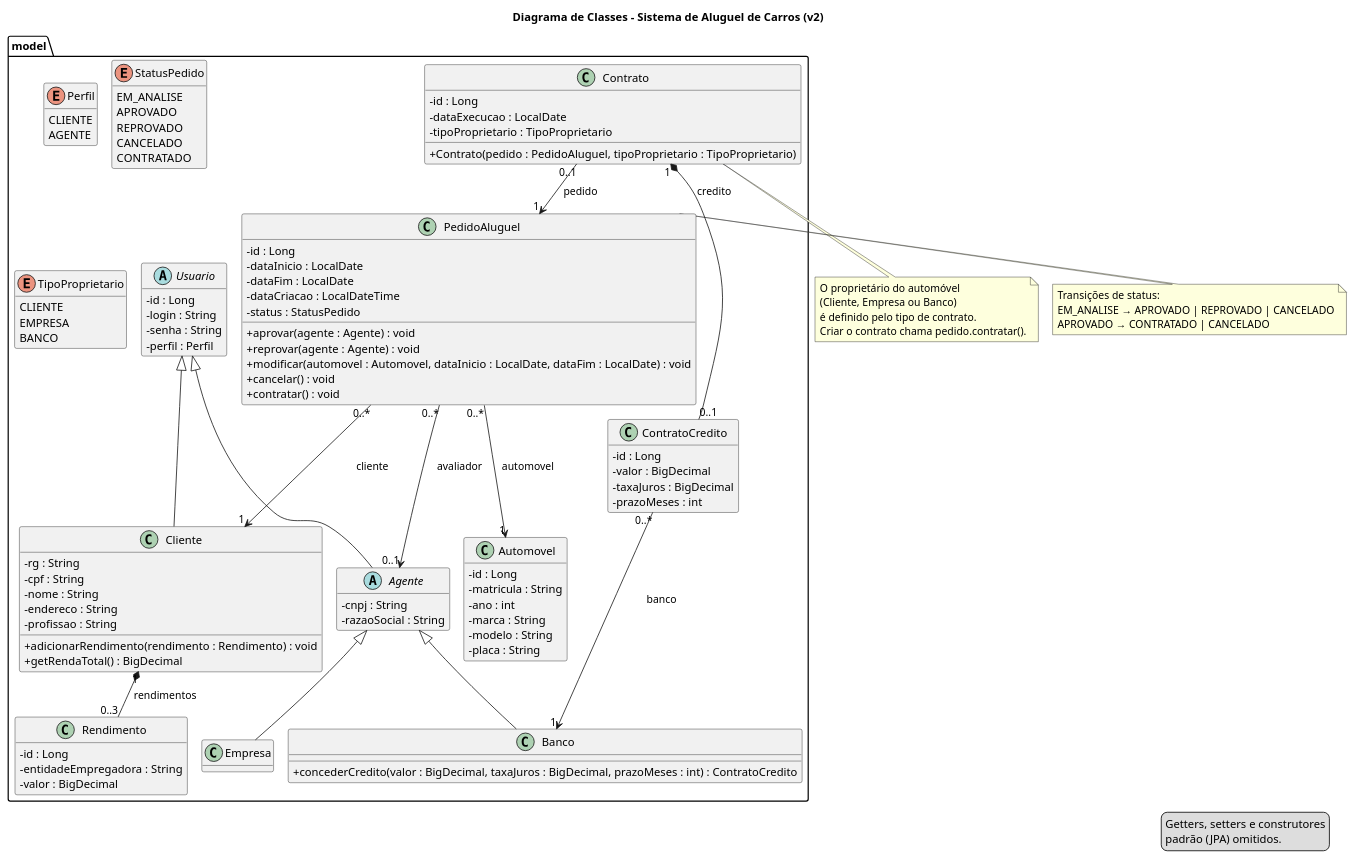
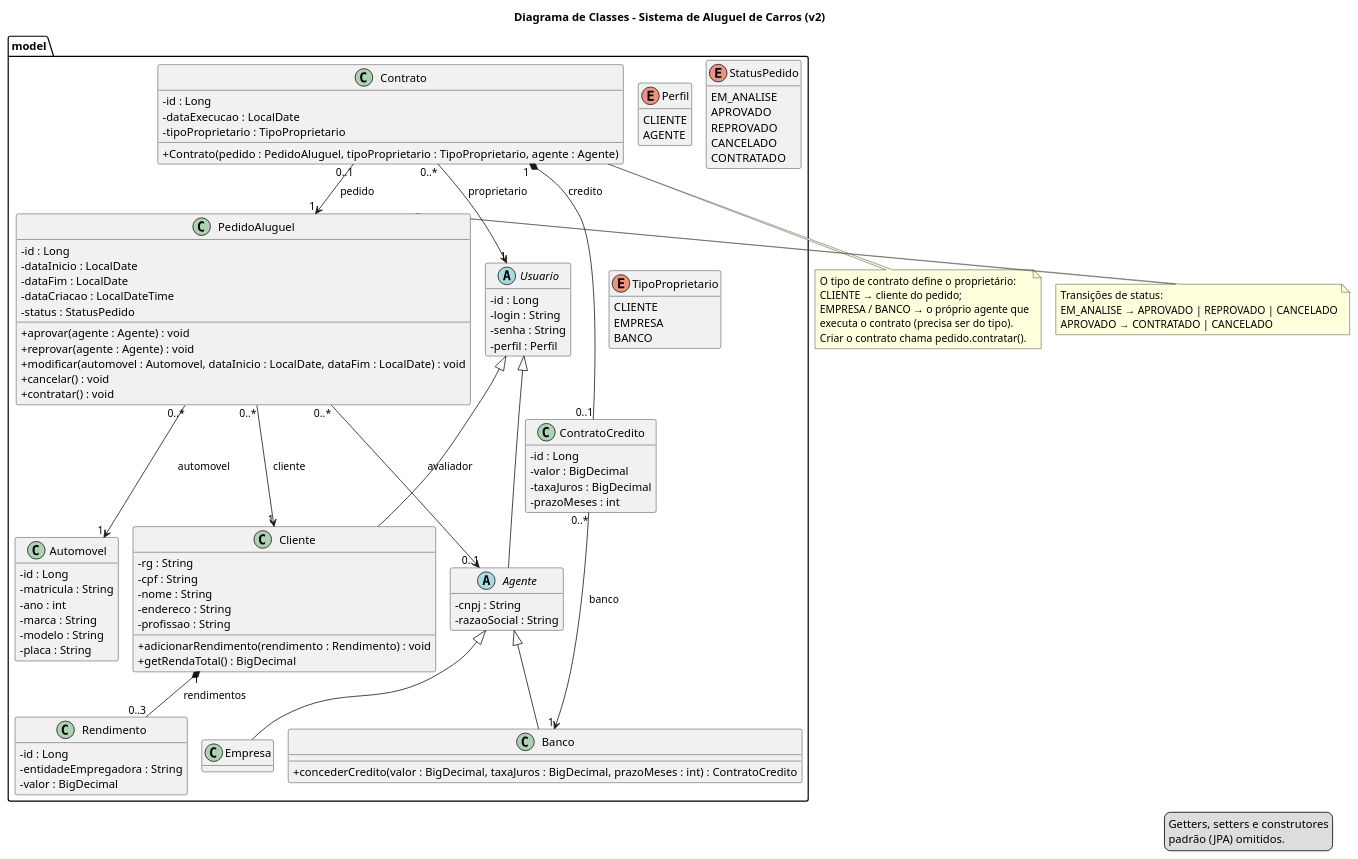
The diagram in docs/diagramas/classes/v2/classes.puml (sophiafernandesc/car-rental-system), drawn with PlantUML before and after one commit. The commit also changed 5 other files, not shown here.

Commit message:
docs: atualiza README, user flow, histórias e classes v2 após revisão

```diff
--- a/docs/diagramas/classes/v2/classes.puml
+++ b/docs/diagramas/classes/v2/classes.puml
@@ -1,135 +1,137 @@
 @startuml classes
 ' Layout interno (dispensa instalação do Graphviz)
 !pragma layout smetana
 
 title Diagrama de Classes - Sistema de Aluguel de Carros (v2)
 
 skinparam classAttributeIconSize 0
 hide empty methods
 
 package "model" {
 
   abstract class Usuario {
     - id : Long
     - login : String
     - senha : String
     - perfil : Perfil
   }
 
   enum Perfil {
     CLIENTE
     AGENTE
   }
 
   class Cliente {
     - rg : String
     - cpf : String
     - nome : String
     - endereco : String
     - profissao : String
     + adicionarRendimento(rendimento : Rendimento) : void
     + getRendaTotal() : BigDecimal
   }
 
   class Rendimento {
     - id : Long
     - entidadeEmpregadora : String
     - valor : BigDecimal
   }
 
   abstract class Agente {
     - cnpj : String
     - razaoSocial : String
   }
 
   class Empresa
 
   class Banco {
     + concederCredito(valor : BigDecimal, taxaJuros : BigDecimal, prazoMeses : int) : ContratoCredito
   }
 
   class Automovel {
     - id : Long
     - matricula : String
     - ano : int
     - marca : String
     - modelo : String
     - placa : String
   }
 
   class PedidoAluguel {
     - id : Long
     - dataInicio : LocalDate
     - dataFim : LocalDate
     - dataCriacao : LocalDateTime
     - status : StatusPedido
     + aprovar(agente : Agente) : void
     + reprovar(agente : Agente) : void
     + modificar(automovel : Automovel, dataInicio : LocalDate, dataFim : LocalDate) : void
     + cancelar() : void
     + contratar() : void
   }
 
   enum StatusPedido {
     EM_ANALISE
     APROVADO
     REPROVADO
     CANCELADO
     CONTRATADO
   }
 
   class Contrato {
     - id : Long
     - dataExecucao : LocalDate
     - tipoProprietario : TipoProprietario
-    + Contrato(pedido : PedidoAluguel, tipoProprietario : TipoProprietario)
+    + Contrato(pedido : PedidoAluguel, tipoProprietario : TipoProprietario, agente : Agente)
   }
 
   enum TipoProprietario {
     CLIENTE
     EMPRESA
     BANCO
   }
 
   class ContratoCredito {
     - id : Long
     - valor : BigDecimal
     - taxaJuros : BigDecimal
     - prazoMeses : int
   }
 }
 
 ' ===== Herança =====
 Usuario <|-- Cliente
 Usuario <|-- Agente
 Agente <|-- Empresa
 Agente <|-- Banco
 
 ' ===== Associações =====
 Cliente "1" *-- "0..3" Rendimento : rendimentos
 PedidoAluguel "0..*" --> "1" Cliente : cliente
 PedidoAluguel "0..*" --> "1" Automovel : automovel
 PedidoAluguel "0..*" --> "0..1" Agente : avaliador
 Contrato "0..1" --> "1" PedidoAluguel : pedido
 Contrato "1" *-- "0..1" ContratoCredito : credito
+Contrato "0..*" --> "1" Usuario : proprietario
 ContratoCredito "0..*" --> "1" Banco : banco
 
 note bottom of Contrato
-  O proprietário do automóvel
-  (Cliente, Empresa ou Banco)
-  é definido pelo tipo de contrato.
+  O tipo de contrato define o proprietário:
+  CLIENTE → cliente do pedido;
+  EMPRESA / BANCO → o próprio agente que
+  executa o contrato (precisa ser do tipo).
   Criar o contrato chama pedido.contratar().
 end note
 
 note right of PedidoAluguel
   Transições de status:
   EM_ANALISE → APROVADO | REPROVADO | CANCELADO
   APROVADO → CONTRATADO | CANCELADO
 end note
 
 legend right
   Getters, setters e construtores
   padrão (JPA) omitidos.
 endlegend
 
 @enduml
```
